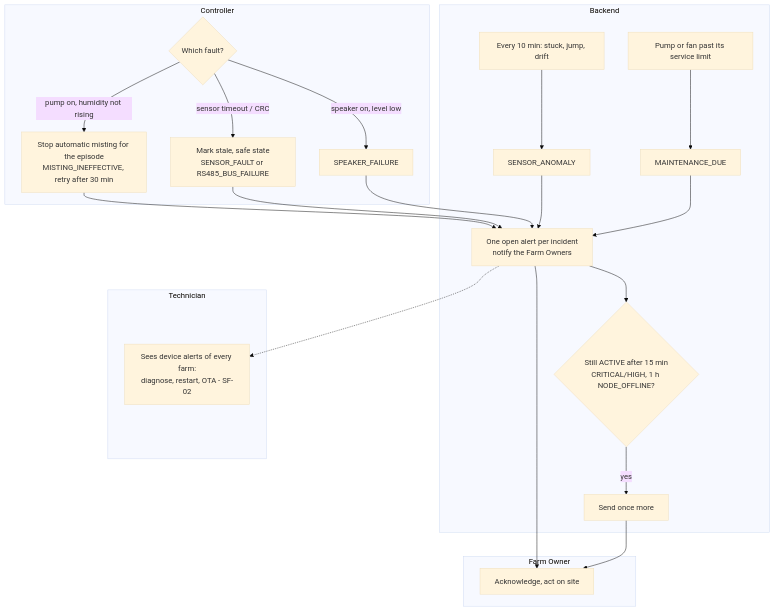
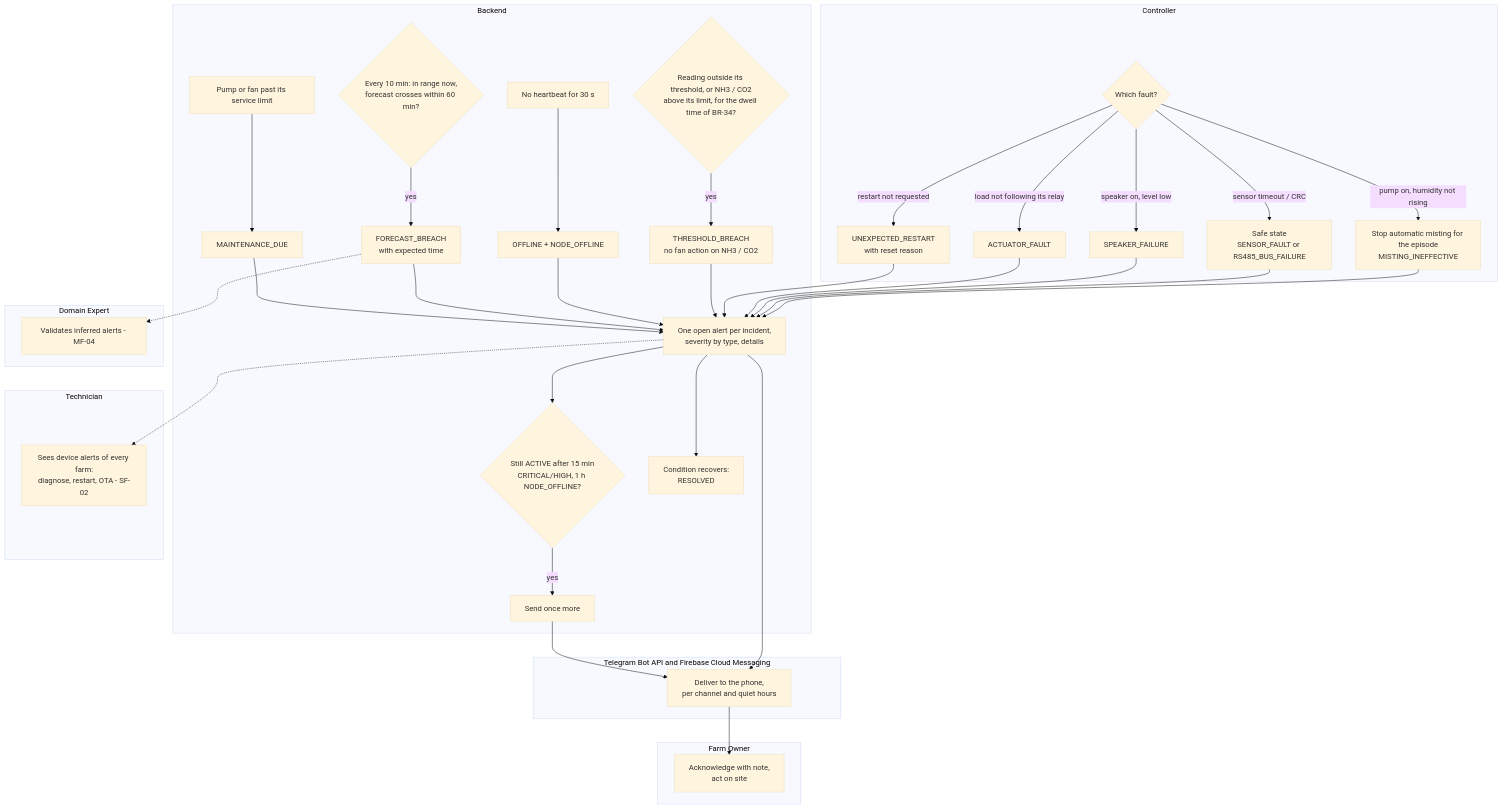
Before and after one commit to NBao261/SwiftletCare_KLTN: diagram 22 of 31 in docs/reports/report4-sdd.md, drawn with Mermaid (base theme). The commit also changed other lines of this file and 34 other files, not shown here.

First line of the commit message:
docs(srs): regroup the main flows into six business processes

````diff
--- a/docs/reports/report4-sdd.md
+++ b/docs/reports/report4-sdd.md
@@ -1070,28 +1040,40 @@
 ```mermaid
 flowchart TB
   subgraph C[Controller]
     A1{Which fault?}
-    A1 -- pump on, humidity not rising --> A2[Stop automatic misting for the episode<br/>MISTING_INEFFECTIVE, retry after 30 min]
-    A1 -- sensor timeout / CRC --> A3[Mark stale, safe state<br/>SENSOR_FAULT or RS485_BUS_FAILURE]
+    A1 -- pump on, humidity not rising --> A2[Stop automatic misting for the episode<br/>MISTING_INEFFECTIVE]
+    A1 -- sensor timeout / CRC --> A3[Safe state<br/>SENSOR_FAULT or RS485_BUS_FAILURE]
     A1 -- speaker on, level low --> A4[SPEAKER_FAILURE]
+    A1 -- load not following its relay --> A5[ACTUATOR_FAULT]
+    A1 -- restart not requested --> A6[UNEXPECTED_RESTART<br/>with reset reason]
   end
   subgraph B[Backend]
-    B0[Every 10 min: stuck, jump, drift] --> B1[SENSOR_ANOMALY]
-    B5[Pump or fan past its service limit] --> B6[MAINTENANCE_DUE]
-    B2[One open alert per incident<br/>notify the Farm Owners]
-    B3{Still ACTIVE after 15 min<br/>CRITICAL/HIGH, 1 h NODE_OFFLINE?} -- yes --> B4[Send once more]
+    B1{Reading outside its threshold, or NH3 / CO2<br/>above its limit, for the dwell time of BR-34?} -- yes --> B2[THRESHOLD_BREACH<br/>no fan action on NH3 / CO2]
+    B3[No heartbeat for 30 s] --> B4[OFFLINE + NODE_OFFLINE]
+    B5{Every 10 min: in range now,<br/>forecast crosses within 60 min?} -- yes --> B6[FORECAST_BREACH<br/>with expected time]
+    B7[Pump or fan past its service limit] --> B8[MAINTENANCE_DUE]
+    B9[One open alert per incident,<br/>severity by type, details]
+    B10{Still ACTIVE after 15 min<br/>CRITICAL/HIGH, 1 h NODE_OFFLINE?} -- yes --> B11[Send once more]
+    B12[Condition recovers:<br/>RESOLVED]
+  end
+  subgraph N[Telegram Bot API and Firebase Cloud Messaging]
+    N1[Deliver to the phone,<br/>per channel and quiet hours]
   end
   subgraph O[Farm Owner]
-    O1[Acknowledge, act on site]
+    O1[Acknowledge with note,<br/>act on site]
   end
   subgraph T[Technician]
     T1[Sees device alerts of every farm:<br/>diagnose, restart, OTA - SF-02]
   end
-  A2 & A3 & A4 --> B2
-  B1 --> B2
-  B6 --> B2
-  B2 --> O1
-  B2 --> B3
-  B4 --> O1
-  B2 -.-> T1
+  subgraph E[Domain Expert]
+    E1[Validates inferred alerts - MF-04]
+  end
+  A2 & A3 & A4 & A5 & A6 --> B9
+  B2 & B4 & B6 & B8 --> B9
+  B9 --> N1 --> O1
+  B9 --> B10
+  B11 --> N1
+  B9 --> B12
+  B9 -.-> T1
+  B6 -.-> E1
 ```
````
